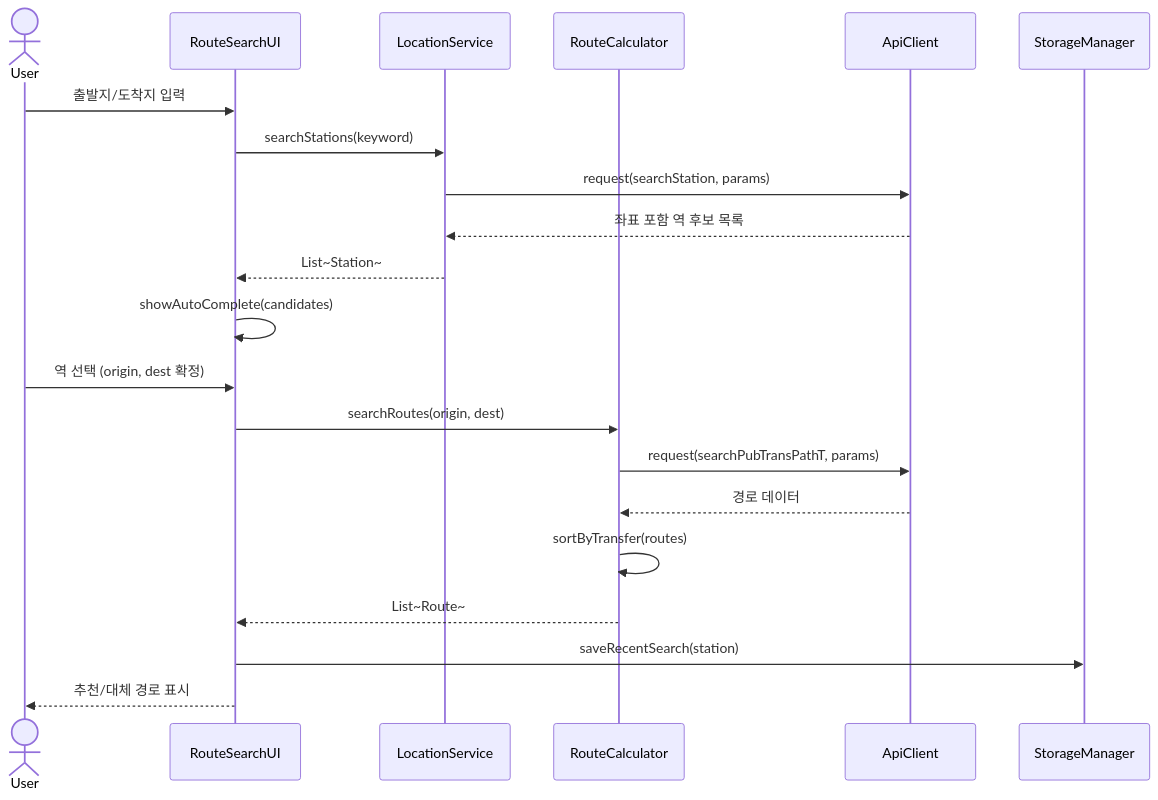
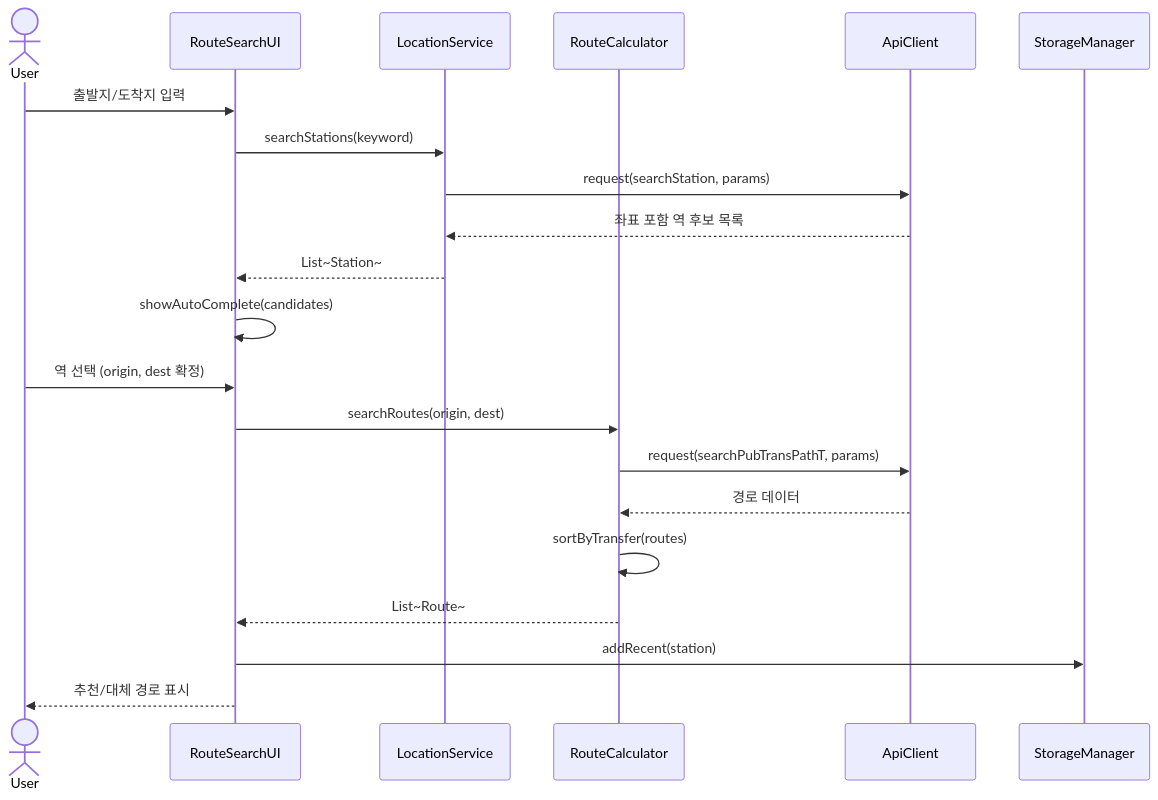
The diagram in diagrams/sequence-search-route.mmd (moonchanju/adigasu), drawn with Mermaid before and after one commit. The commit also changed 10 other files, not shown here.

First line of the commit message:
docs: 다이어그램·문서 정합 — 시퀀스/상태도 메소드명을 코드 기준으로 통일

```diff
--- a/diagrams/sequence-search-route.mmd
+++ b/diagrams/sequence-search-route.mmd
@@ -1,21 +1,21 @@
 sequenceDiagram
   actor User
   participant UI as RouteSearchUI
   participant LS as LocationService
   participant RC as RouteCalculator
   participant API as ApiClient
   participant SM as StorageManager
   User->>UI: 출발지/도착지 입력
   UI->>LS: searchStations(keyword)
   LS->>API: request(searchStation, params)
   API-->>LS: 좌표 포함 역 후보 목록
   LS-->>UI: List~Station~
   UI->>UI: showAutoComplete(candidates)
   User->>UI: 역 선택 (origin, dest 확정)
   UI->>RC: searchRoutes(origin, dest)
   RC->>API: request(searchPubTransPathT, params)
   API-->>RC: 경로 데이터
   RC->>RC: sortByTransfer(routes)
   RC-->>UI: List~Route~
-  UI->>SM: saveRecentSearch(station)
+  UI->>SM: addRecent(station)
   UI-->>User: 추천/대체 경로 표시
```
